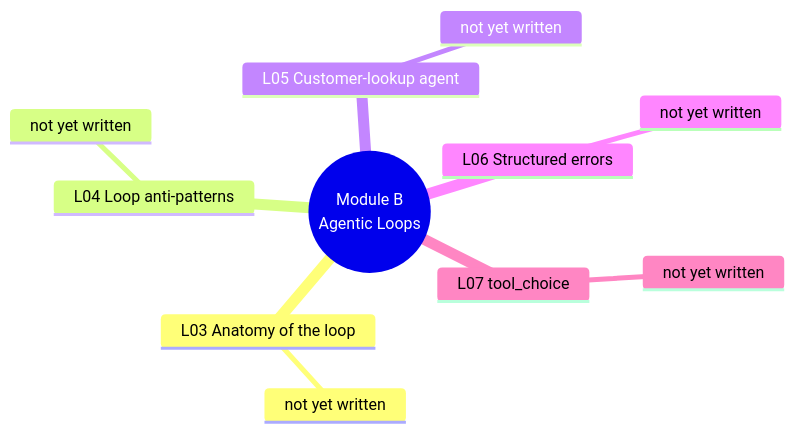
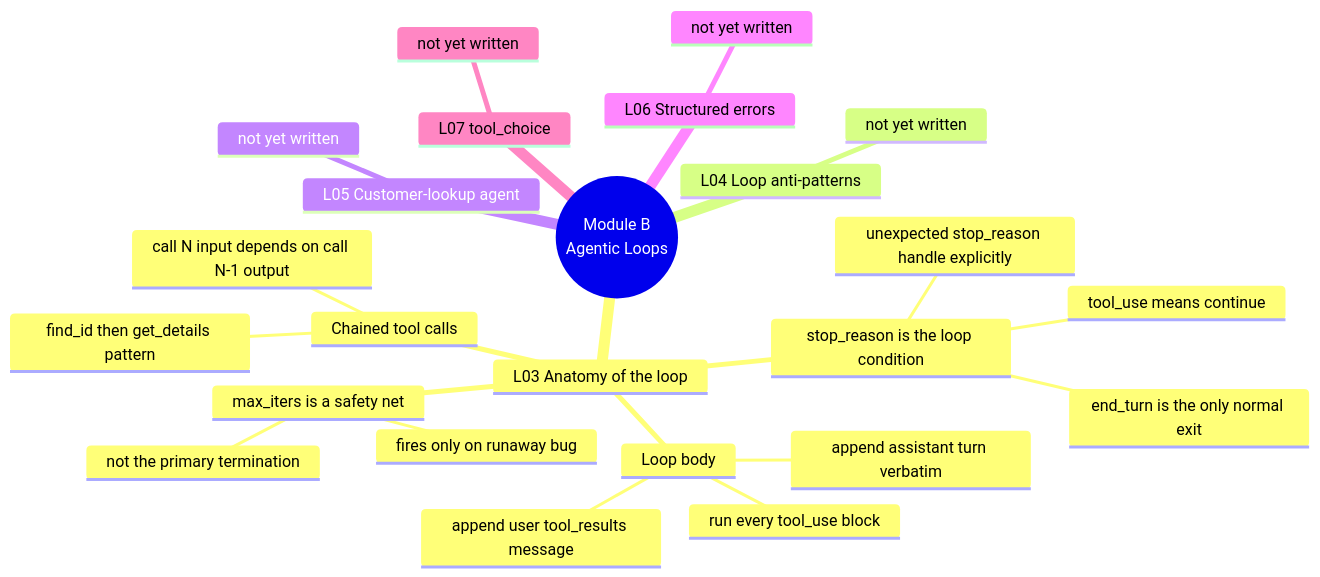
The third of 10 diagrams in mindmap.md (richierob62/claude-code-architect), drawn with Mermaid before and after one commit. The commit also changed other lines of this file and 1 other file, not shown here.

Commit message:
Add Lesson 03 — Anatomy of the agentic loop
Wraps the Lesson 02 round-trip in a stop_reason-driven loop. Build is a
two-tool employee directory (find_id by name → get_details by id) that
forces a multi-iteration chain where call N's input comes from call N-1's
output — the case that earns the name "loop". Exercises stretch the chain
with a third tool, trip max_iters=1 to expose the runaway-loop failure
mode, and swap the end_turn exit for a text-content check to motivate
Lesson 04's anti-patterns tour.

Mindmap: flesh Module B L03 concept leaves; promote L02→L03 cross-link
from dotted to solid; add dotted forward edges from L03 to L04, L05, L16.

````diff
--- a/mindmap.md
+++ b/mindmap.md
@@ -96,14 +96,27 @@
 ```mermaid
 mindmap
   root((Module B<br/>Agentic Loops))
     L03 Anatomy of the loop
-      not yet written
+      stop_reason is the loop condition
+        end_turn is the only normal exit
+        tool_use means continue
+        unexpected stop_reason handle explicitly
+      Loop body
+        append assistant turn verbatim
+        run every tool_use block
+        append user tool_results message
+      Chained tool calls
+        call N input depends on call N-1 output
+        find_id then get_details pattern
+      max_iters is a safety net
+        fires only on runaway bug
+        not the primary termination
     L04 Loop anti-patterns
       not yet written
     L05 Customer-lookup agent
       not yet written
     L06 Structured errors
       not yet written
     L07 tool_choice
       not yet written
 ```
````
